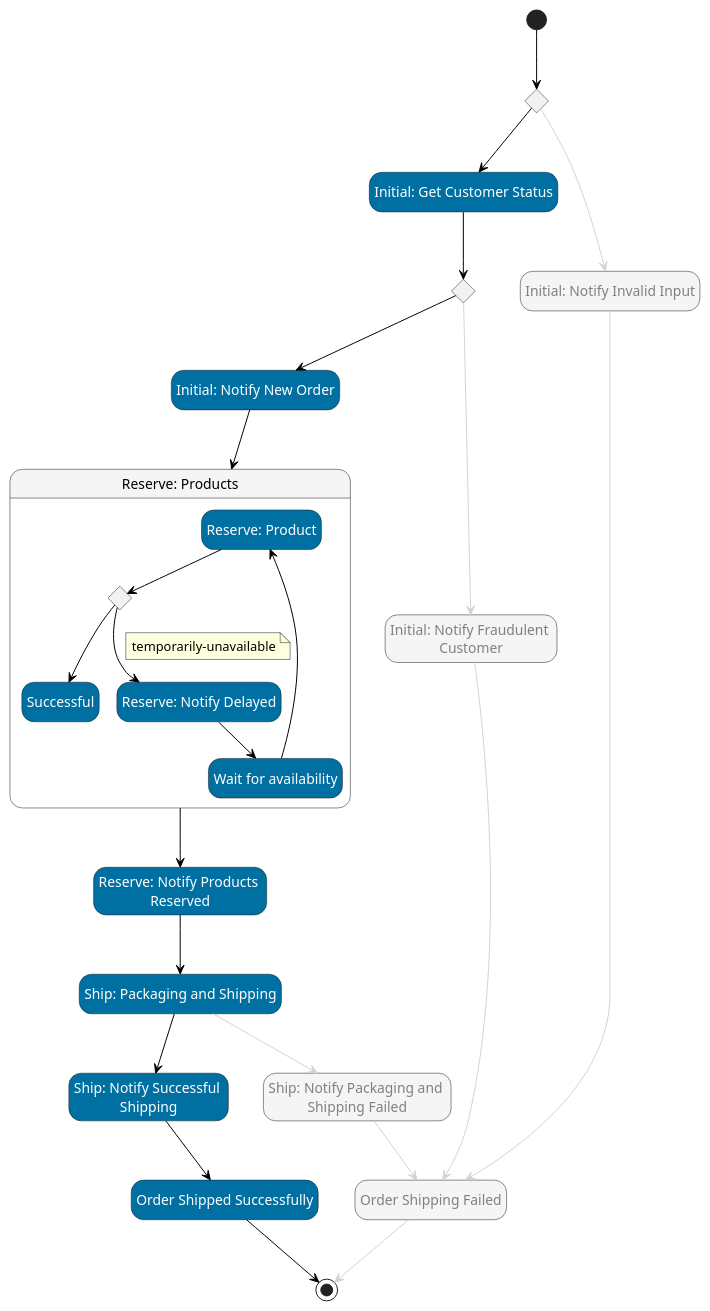
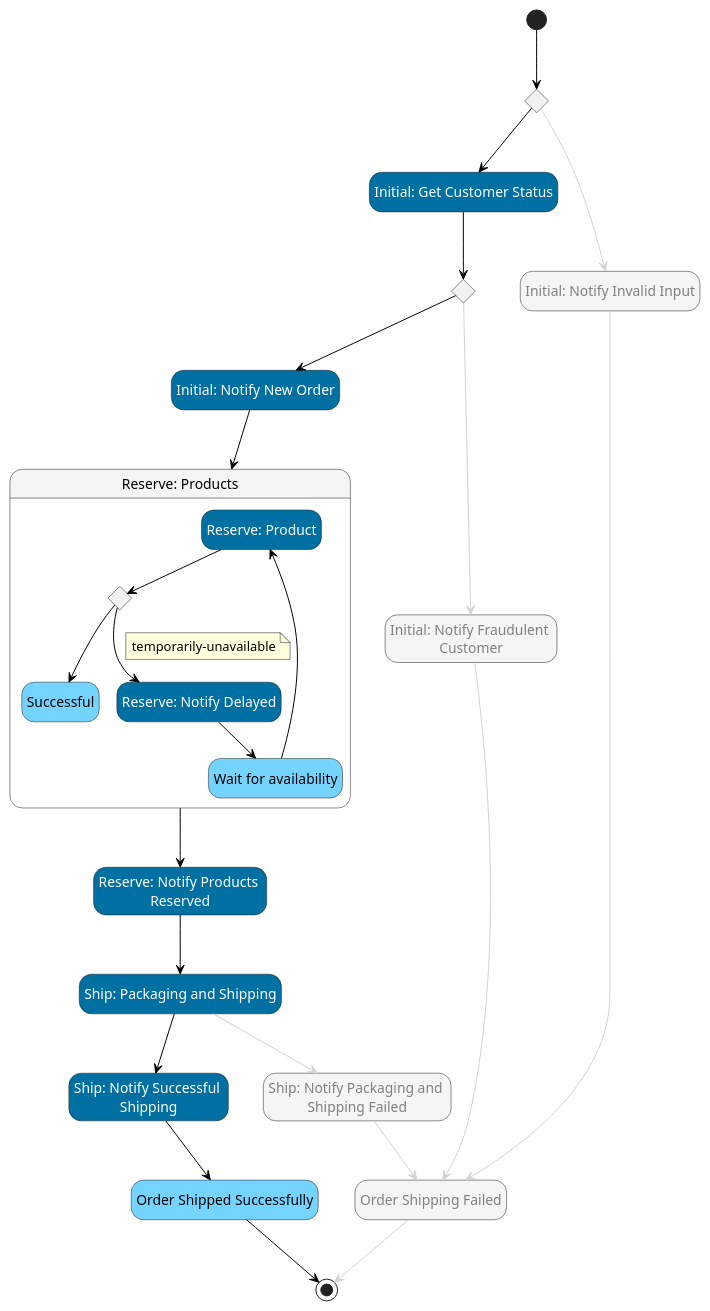
Before and after one commit to massfords/asl-puml: the diagram in src/__tests__/pumls/aws-example-ship-order.asl.puml, drawn with PlantUML. The commit also changed 9 other files, not shown here.

```diff
--- a/src/__tests__/pumls/aws-example-ship-order.asl.puml
+++ b/src/__tests__/pumls/aws-example-ship-order.asl.puml
@@ -1,92 +1,92 @@
 @startuml
 hide empty description
 skinparam ArrowColor #black
 skinparam state {
 
     BackgroundColor<<Choice>> #whitesmoke
     FontColor<<Choice>> automatic
 
     BackgroundColor<<aslFail>> #red
     FontColor<<aslFail>> automatic
 
     BackgroundColor<<aslMap>> #whitesmoke
 
     BackgroundColor<<aslSucceed>> #green
     FontColor<<aslSucceed>> automatic
 
     BackgroundColor<<aslTask>> #lightblue
     FontColor<<aslTask>> automatic
 
     BackgroundColor<<aslWait>> #whitesmoke
     FontColor<<aslWait>> automatic
     BackgroundColor<<Compensate>> #orange
     FontColor<<CustomStyle0>> automatic
     BackgroundColor<<CustomStyle0>> #0070a3
     FontColor<<CustomStyle1>> automatic
     BackgroundColor<<CustomStyle1>> #0070a3
     FontColor<<CustomStyle2>> automatic
     BackgroundColor<<CustomStyle2>> #0070a3
     FontColor<<CustomStyle3>> automatic
     BackgroundColor<<CustomStyle3>> #0070a3
     FontColor<<CustomStyle4>> automatic
-    BackgroundColor<<CustomStyle4>> #0070a3
+    BackgroundColor<<CustomStyle4>> #74d4ff
     FontColor<<CustomStyle5>> automatic
-    BackgroundColor<<CustomStyle5>> #0070a3
+    BackgroundColor<<CustomStyle5>> #74d4ff
     FontColor<<CustomStyle6>> automatic
     BackgroundColor<<CustomStyle6>> #0070a3
     FontColor<<CustomStyle7>> automatic
     BackgroundColor<<CustomStyle7>> #0070a3
     FontColor<<CustomStyle8>> automatic
     BackgroundColor<<CustomStyle8>> #0070a3
     FontColor<<CustomStyle9>> automatic
     BackgroundColor<<CustomStyle9>> #0070a3
     FontColor<<CustomStyle10>> automatic
-    BackgroundColor<<CustomStyle10>> #0070a3
+    BackgroundColor<<CustomStyle10>> #74d4ff
     FontColor<<CustomStyle11>> gray
     BackgroundColor<<CustomStyle11>> #whitesmoke
 }
 state "Initial: Validate Input" as state1<<Choice>>
 state "Initial: Get Customer Status" as state2<<CustomStyle0>>
 state "Do Fraud Check" as state3<<Choice>>
 state "Initial: Notify New Order" as state4<<CustomStyle1>>
 state "Reserve: Products" as state5<<aslMap>> {
 state "Reserve: Product" as state14<<CustomStyle3>>
 state "Choice" as state15<<Choice>>
 state "Successful" as state16<<CustomStyle5>>
 state "Reserve: Notify Delayed" as state17<<CustomStyle6>>
 state "Wait for availability" as state18<<CustomStyle4>>
 }
 state "Reserve: Notify Products \nReserved" as state6<<CustomStyle7>>
 state "Ship: Packaging and Shipping" as state7<<CustomStyle8>>
 state "Ship: Notify Successful \nShipping" as state8<<CustomStyle9>>
 state "Ship: Notify Packaging and \nShipping Failed" as state9<<CustomStyle11>>
 state "Initial: Notify Fraudulent \nCustomer" as state10<<CustomStyle11>>
 state "Order Shipping Failed" as state11<<CustomStyle11>>
 state "Order Shipped Successfully" as state12<<CustomStyle10>>
 state "Initial: Notify Invalid Input" as state13<<CustomStyle11>>
 [*] --> state1
 state1 -[#lightgray]-> state13
 state1 --> state2
 state2 --> state3
 state3 -[#lightgray]-> state10
 state3 --> state4
 state4 --> state5
 state5 --> state6
 state6 --> state7
 state7 --> state8
 state7 -[#lightgray]-> state9
 state8 --> state12
 state9 -[#lightgray]-> state11
 state10 -[#lightgray]-> state11
 state11 -[#lightgray]-> [*]
 state12 --> [*]
 state13 -[#lightgray]-> state11
 state14 --> state15
 state15 --> state17
 note on link
 temporarily-unavailable
 end note
 state15 --> state16
 state17 --> state18
 state18 --> state14
 @enduml
```
